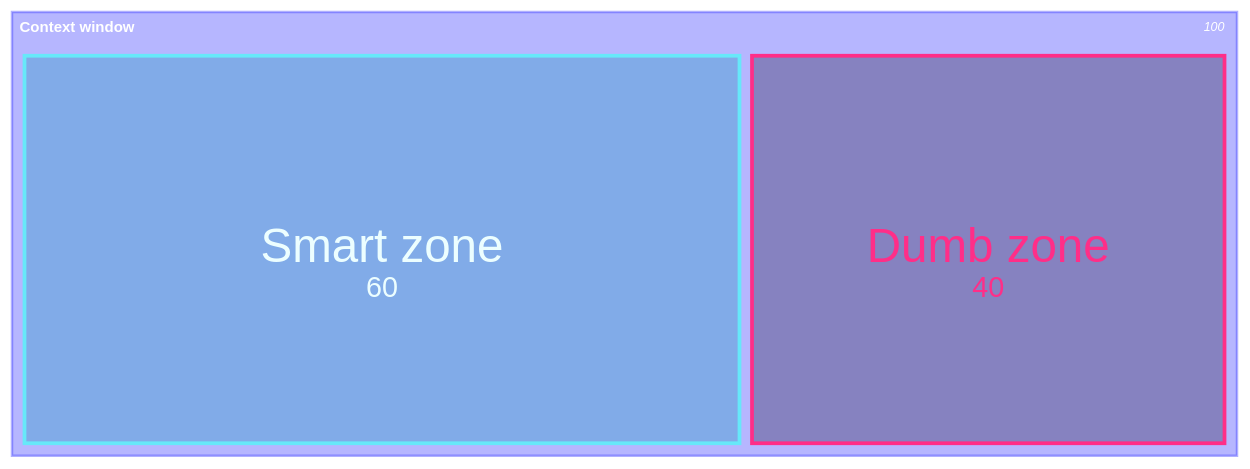
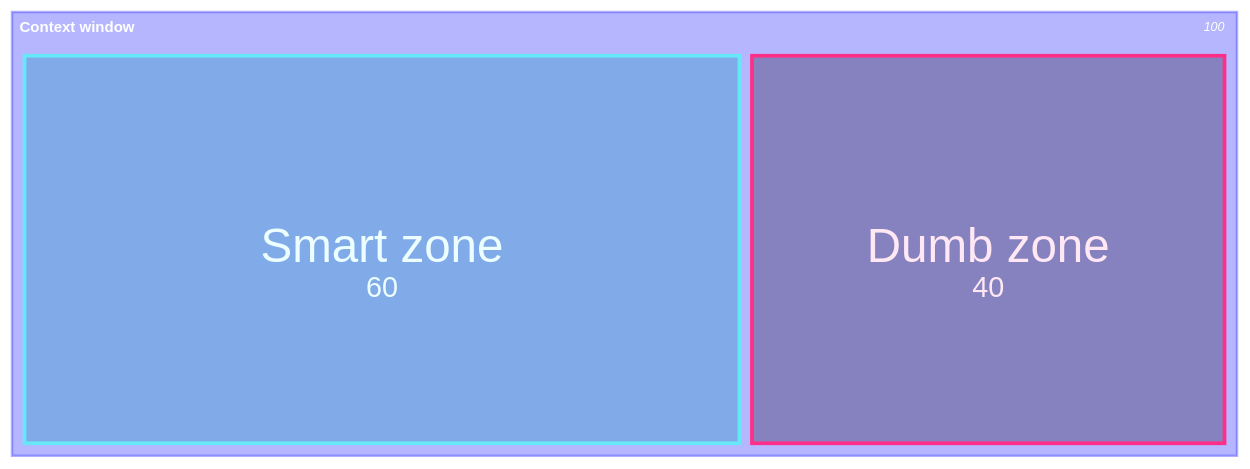
Before and after one commit to theomonfort/theomonfort: the first of 5 diagrams in src/content/glossary/context-engineering.md, drawn with Mermaid. The commit also changed other lines of this file, not shown here.

````diff
--- a/src/content/glossary/context-engineering.md
+++ b/src/content/glossary/context-engineering.md
@@ -41,8 +41,8 @@
 ```mermaid
 treemap-beta
 "Context window"
   "Smart zone": 60:::smart
   "Dumb zone": 40:::dumb
 classDef smart fill:#0891b2,stroke:#67e8f9,color:#ecfeff
-classDef dumb fill:#1a0a2e,stroke:#ff2e88,color:#ff2e88
+classDef dumb fill:#1a0a2e,stroke:#ff2e88,color:#ffe8f4
 ```
````
